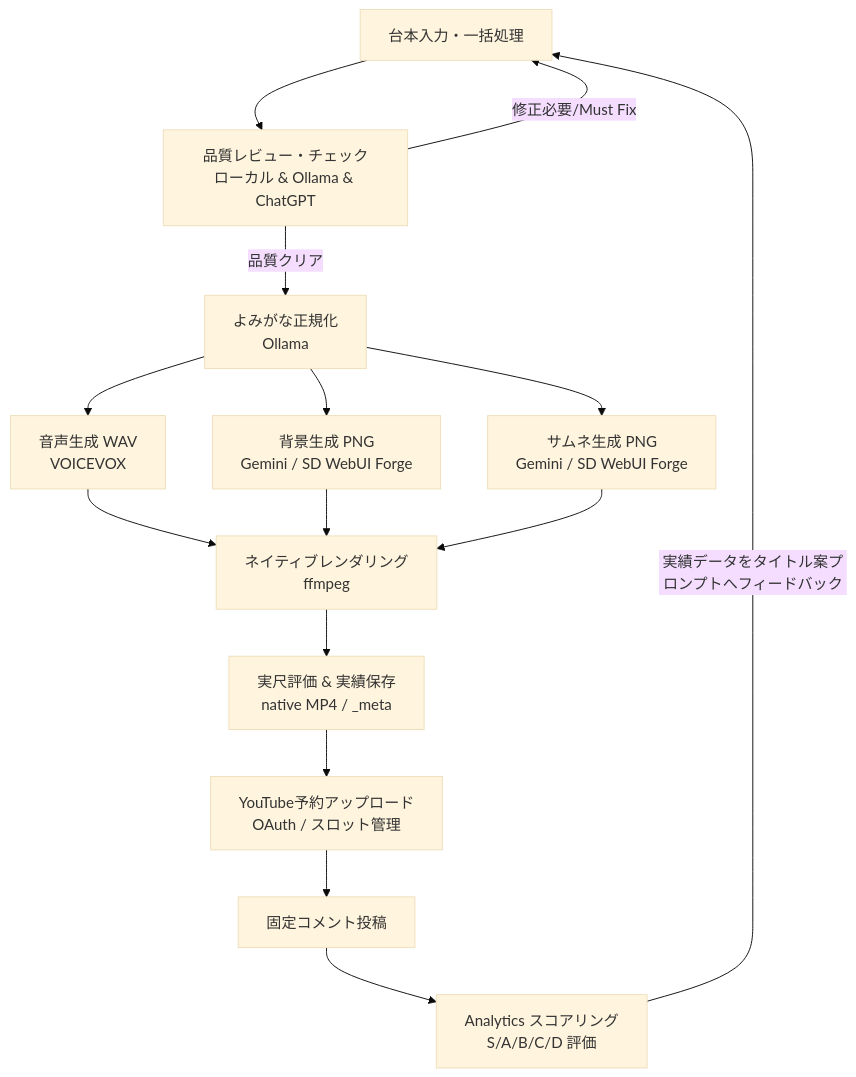
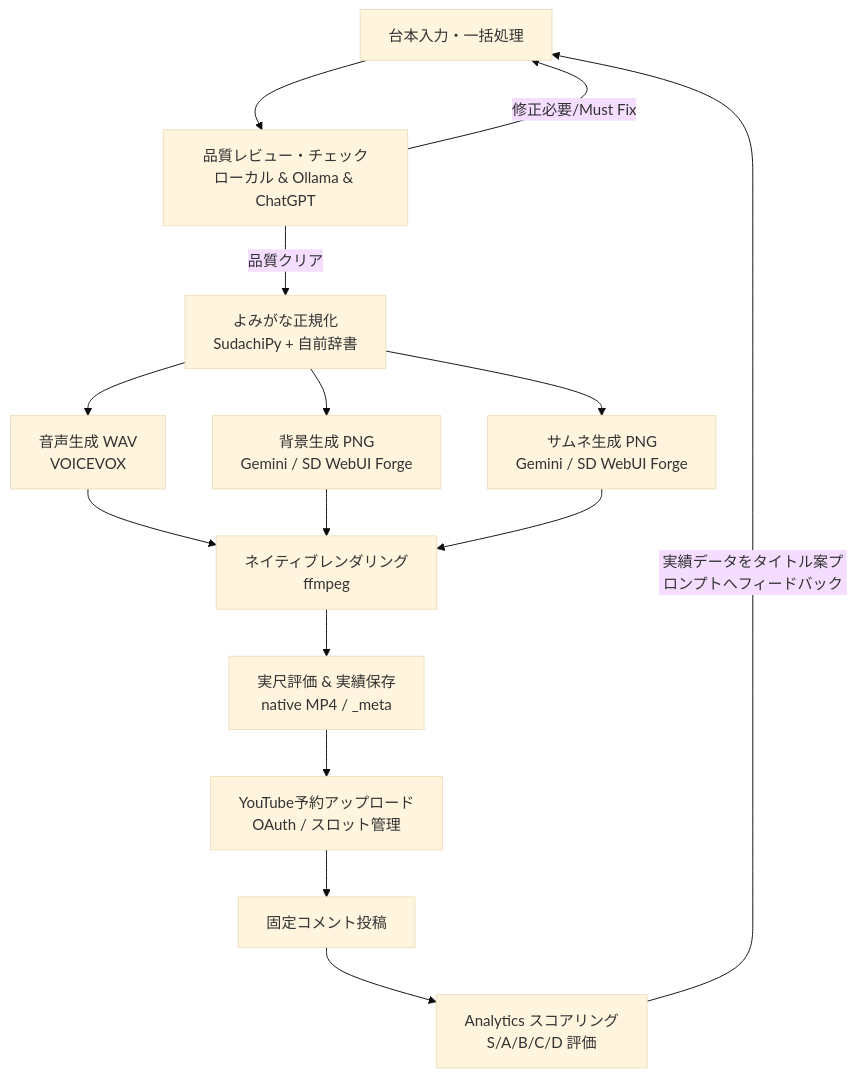
The diagram in README.md (benybeny777/PicoCast), drawn with Mermaid (base theme) before and after one commit. The commit also changed other lines of this file and 9 other files, not shown here.

````diff
--- a/README.md
+++ b/README.md
@@ -12,17 +12,17 @@
 ```mermaid
 graph TD
     A[台本入力・一括処理] --> B[品質レビュー・チェック<br/>ローカル & Ollama & ChatGPT]
     B -->|修正必要/Must Fix| A
-    B -->|品質クリア| C[よみがな正規化<br/>Ollama]
+    B -->|品質クリア| C[よみがな正規化<br/>SudachiPy + 自前辞書]
     C --> D[音声生成 WAV<br/>VOICEVOX]
     C --> E[背景生成 PNG<br/>Gemini / SD WebUI Forge]
     C --> T[サムネ生成 PNG<br/>Gemini / SD WebUI Forge]
     D --> F[ネイティブレンダリング<br/>ffmpeg]
     E --> F
     T --> F
     F --> G[実尺評価 & 実績保存<br/>native MP4 / _meta]
     G --> H[YouTube予約アップロード<br/>OAuth / スロット管理]
     H --> I[固定コメント投稿]
     I --> J[Analytics スコアリング<br/>S/A/B/C/D 評価]
     J -->|実績データをタイトル案プロンプトへフィードバック| A
 ```
````
